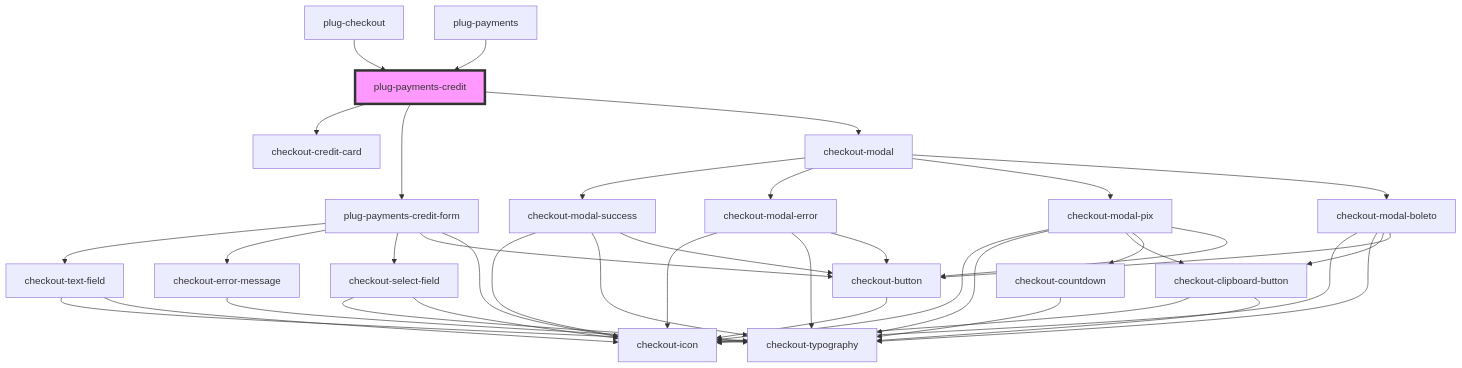
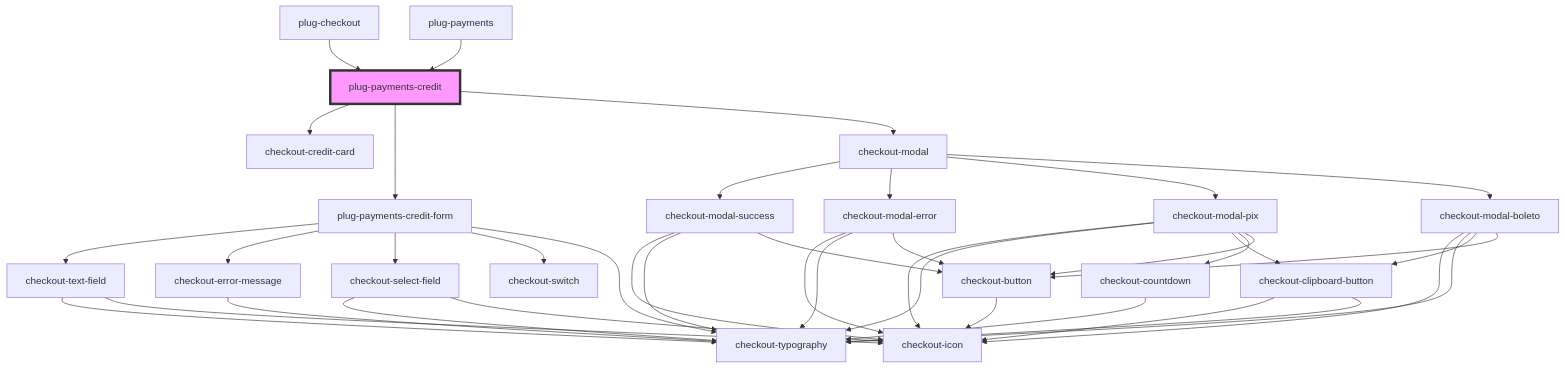
The diagram in packages/checkout/core/src/components/plug-payments-credit/readme.md (plughacker/malga-checkout), drawn with Mermaid before and after one commit. The commit also changed other lines of this file and 7 other files, not shown here.

````diff
--- a/packages/checkout/core/src/components/plug-payments-credit/readme.md
+++ b/packages/checkout/core/src/components/plug-payments-credit/readme.md
@@ -49,42 +20,42 @@
 ```mermaid
 graph TD;
   plug-payments-credit --> checkout-credit-card
   plug-payments-credit --> plug-payments-credit-form
   plug-payments-credit --> checkout-modal
   plug-payments-credit-form --> checkout-text-field
   plug-payments-credit-form --> checkout-error-message
   plug-payments-credit-form --> checkout-select-field
-  plug-payments-credit-form --> checkout-button
-  plug-payments-credit-form --> checkout-icon
+  plug-payments-credit-form --> checkout-switch
+  plug-payments-credit-form --> checkout-typography
   checkout-text-field --> checkout-typography
   checkout-text-field --> checkout-icon
   checkout-error-message --> checkout-typography
   checkout-select-field --> checkout-typography
   checkout-select-field --> checkout-icon
-  checkout-button --> checkout-icon
   checkout-modal --> checkout-modal-success
   checkout-modal --> checkout-modal-error
   checkout-modal --> checkout-modal-pix
   checkout-modal --> checkout-modal-boleto
   checkout-modal-success --> checkout-icon
   checkout-modal-success --> checkout-typography
   checkout-modal-success --> checkout-button
+  checkout-button --> checkout-icon
   checkout-modal-error --> checkout-icon
   checkout-modal-error --> checkout-typography
   checkout-modal-error --> checkout-button
   checkout-modal-pix --> checkout-icon
   checkout-modal-pix --> checkout-typography
   checkout-modal-pix --> checkout-clipboard-button
   checkout-modal-pix --> checkout-countdown
   checkout-modal-pix --> checkout-button
   checkout-clipboard-button --> checkout-icon
   checkout-clipboard-button --> checkout-typography
   checkout-countdown --> checkout-typography
   checkout-modal-boleto --> checkout-icon
   checkout-modal-boleto --> checkout-typography
   checkout-modal-boleto --> checkout-clipboard-button
   checkout-modal-boleto --> checkout-button
   plug-checkout --> plug-payments-credit
   plug-payments --> plug-payments-credit
   style plug-payments-credit fill:#f9f,stroke:#333,stroke-width:4px
 ```
````
